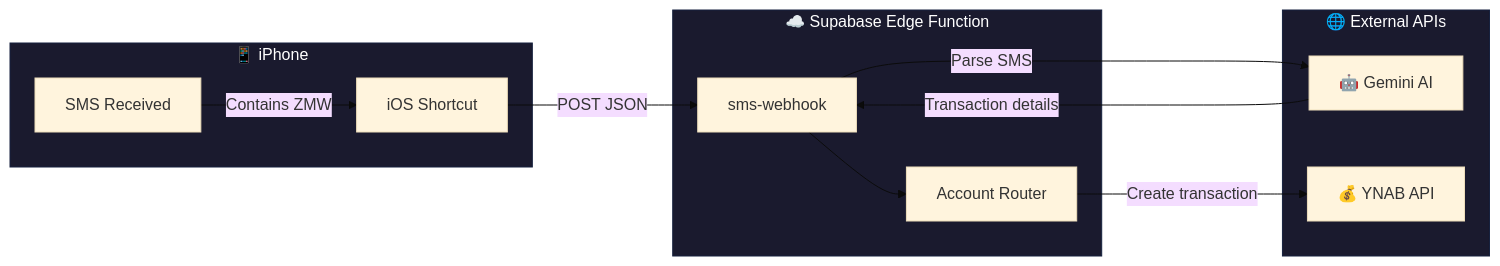
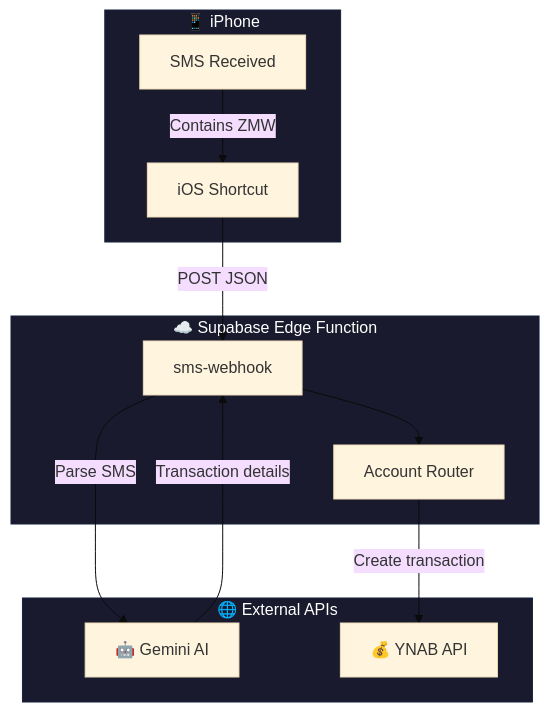
One commit to Wazanyirenda/ynab-sms-solution changed the diagram in README.md. Above: the diagram before and after it, drawn with Mermaid (base theme).

Commit message:
Update flowchart direction in README to improve visual representation of system architecture.

````diff
--- a/README.md
+++ b/README.md
@@ -9,28 +9,28 @@
 ```mermaid
-flowchart LR
+flowchart TD
     subgraph Phone["📱 iPhone"]
         SMS["SMS Received"]
         Shortcut["iOS Shortcut"]
     end
 
     subgraph Supabase["☁️ Supabase Edge Function"]
         Webhook["sms-webhook"]
         Router["Account Router"]
     end
 
     subgraph External["🌐 External APIs"]
         Gemini["🤖 Gemini AI"]
         YNAB["💰 YNAB API"]
     end
 
     SMS -->|"Contains ZMW"| Shortcut
     Shortcut -->|"POST JSON"| Webhook
     Webhook -->|"Parse SMS"| Gemini
     Gemini -->|"Transaction details"| Webhook
     Webhook --> Router
     Router -->|"Create transaction"| YNAB
 
     style Phone fill:#1a1a2e,stroke:#16213e,color:#fff
     style Supabase fill:#1a1a2e,stroke:#16213e,color:#fff
     style External fill:#1a1a2e,stroke:#16213e,color:#fff
 ```
````
